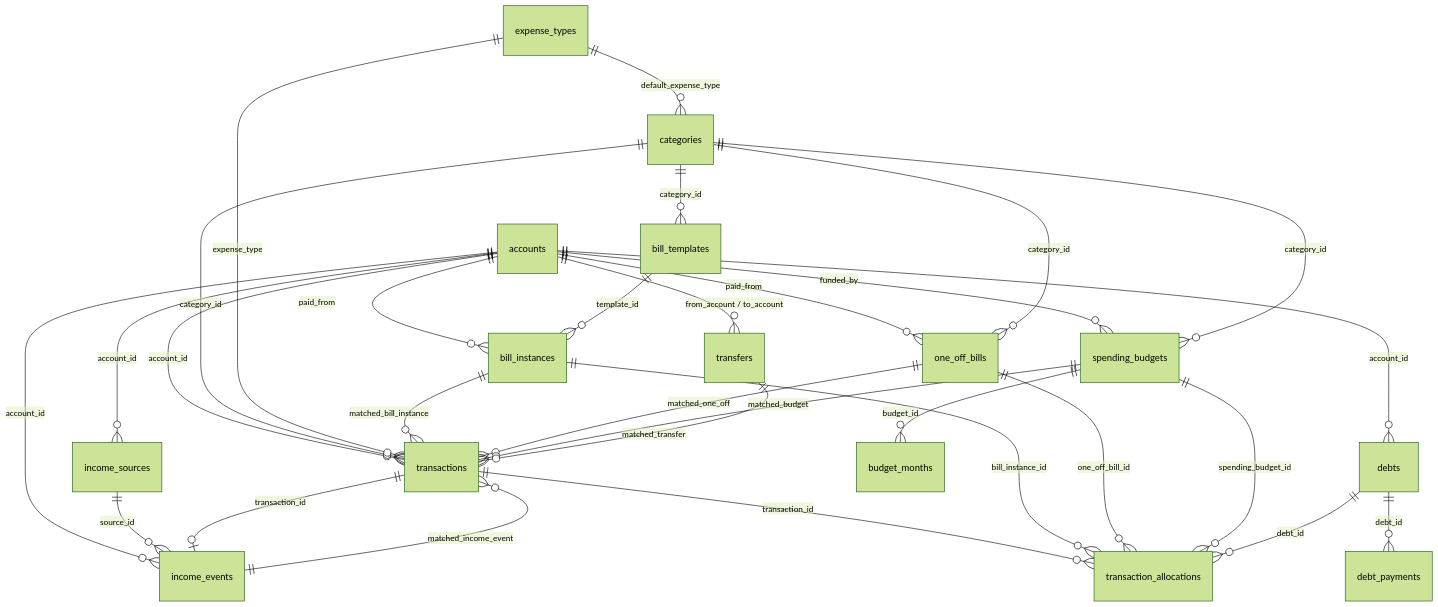
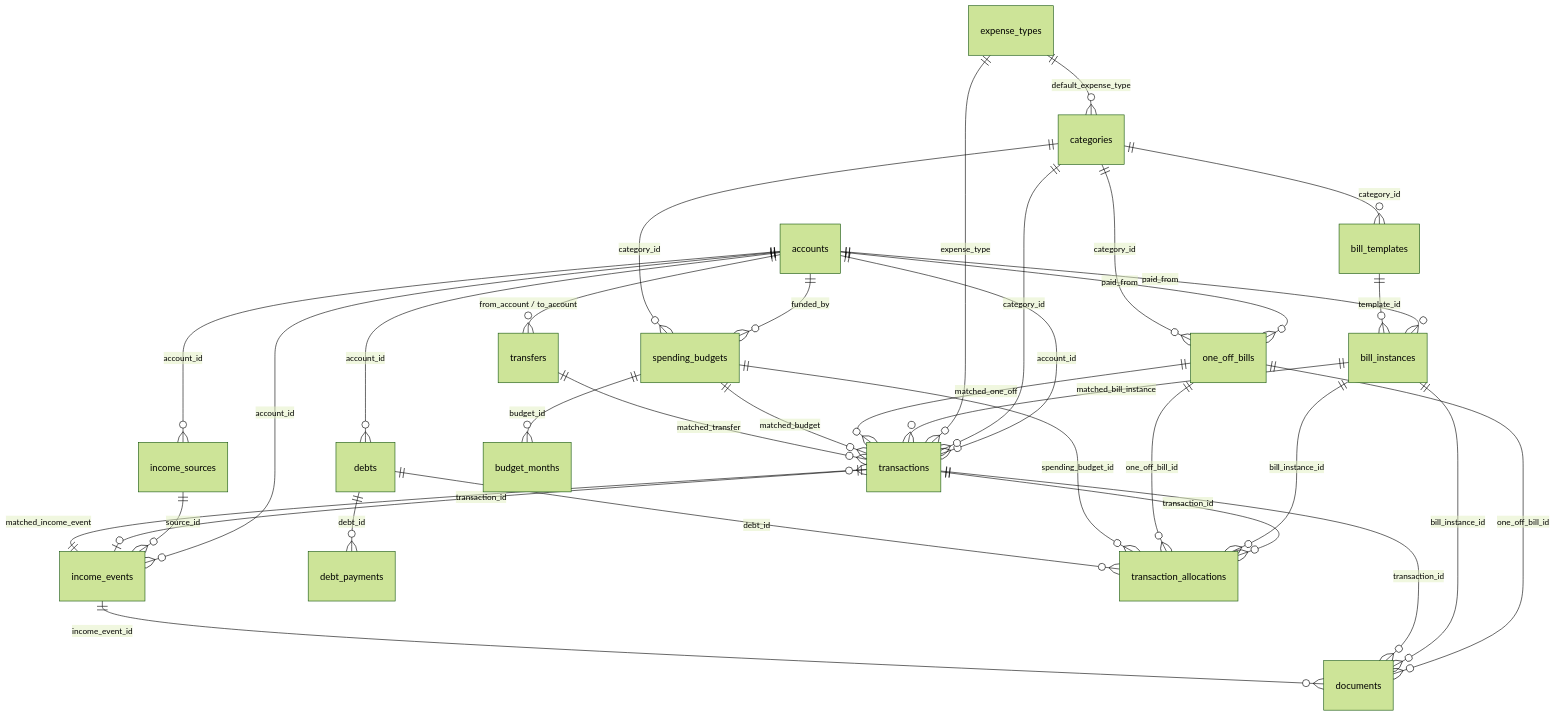
The diagram in docs/database.md (ewebdzine/GrokBudgetTracker), drawn with Mermaid (forest theme) before and after one commit. The commit also changed other lines of this file and 7 other files, not shown here.

Commit message:
0.6.0: documents table and private bill-documents bucket, photo workflow, portability

````diff
--- a/docs/database.md
+++ b/docs/database.md
@@ -13,32 +13,36 @@
 ```mermaid
 erDiagram
   accounts ||--o{ transactions : "account_id"
   accounts ||--o{ income_sources : "account_id"
   accounts ||--o{ income_events : "account_id"
   accounts ||--o{ spending_budgets : "funded_by"
   accounts ||--o{ bill_instances : "paid_from"
   accounts ||--o{ one_off_bills : "paid_from"
   accounts ||--o{ transfers : "from_account / to_account"
   accounts ||--o{ debts : "account_id"
   income_sources ||--o{ income_events : "source_id"
   transactions ||--o| income_events : "transaction_id"
+  one_off_bills ||--o{ documents : "one_off_bill_id"
+  bill_instances ||--o{ documents : "bill_instance_id"
+  transactions ||--o{ documents : "transaction_id"
+  income_events ||--o{ documents : "income_event_id"
   bill_templates ||--o{ bill_instances : "template_id"
   spending_budgets ||--o{ budget_months : "budget_id"
   debts ||--o{ debt_payments : "debt_id"
   categories ||--o{ transactions : "category_id"
   categories ||--o{ bill_templates : "category_id"
   categories ||--o{ spending_budgets : "category_id"
   categories ||--o{ one_off_bills : "category_id"
   expense_types ||--o{ transactions : "expense_type"
   expense_types ||--o{ categories : "default_expense_type"
   bill_instances ||--o{ transactions : "matched_bill_instance"
   one_off_bills ||--o{ transactions : "matched_one_off"
   spending_budgets ||--o{ transactions : "matched_budget"
   transfers ||--o{ transactions : "matched_transfer"
   income_events ||--o{ transactions : "matched_income_event"
   transactions ||--o{ transaction_allocations : "transaction_id"
   bill_instances ||--o{ transaction_allocations : "bill_instance_id"
   one_off_bills ||--o{ transaction_allocations : "one_off_bill_id"
   spending_budgets ||--o{ transaction_allocations : "spending_budget_id"
   debts ||--o{ transaction_allocations : "debt_id"
 ```
````
